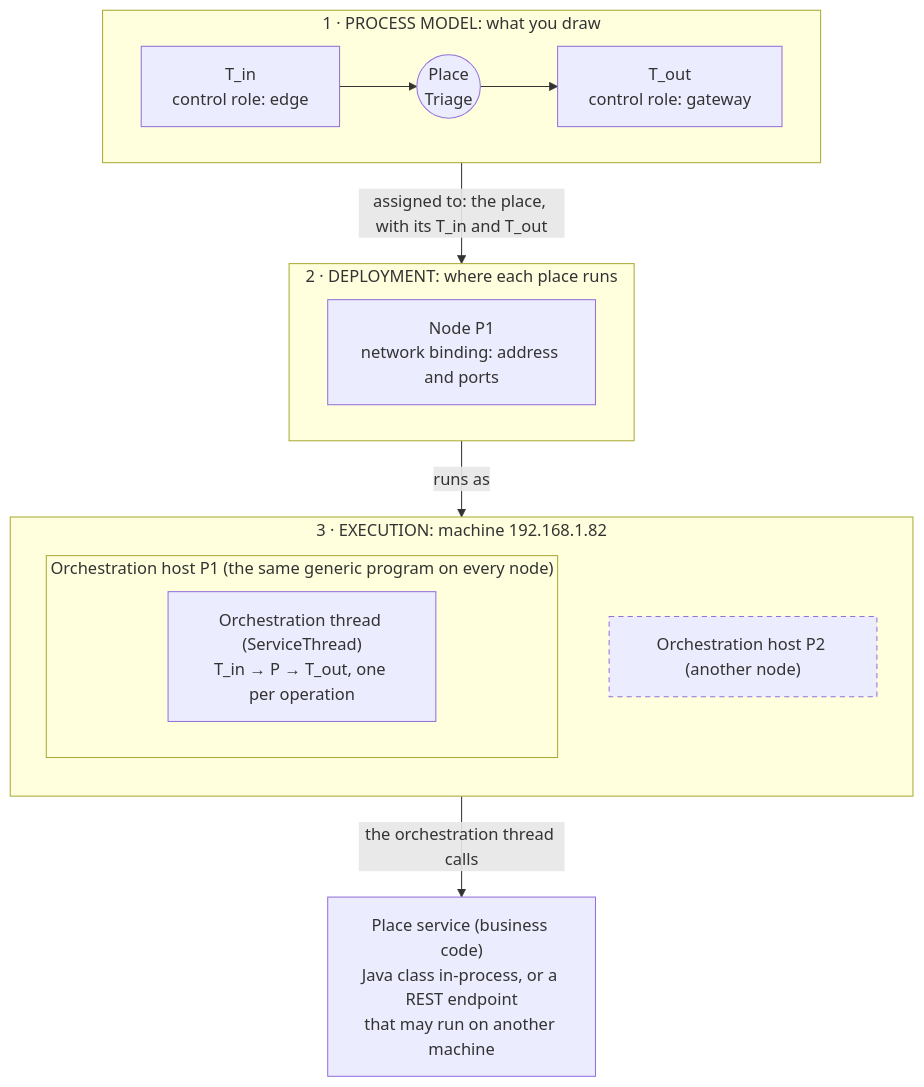
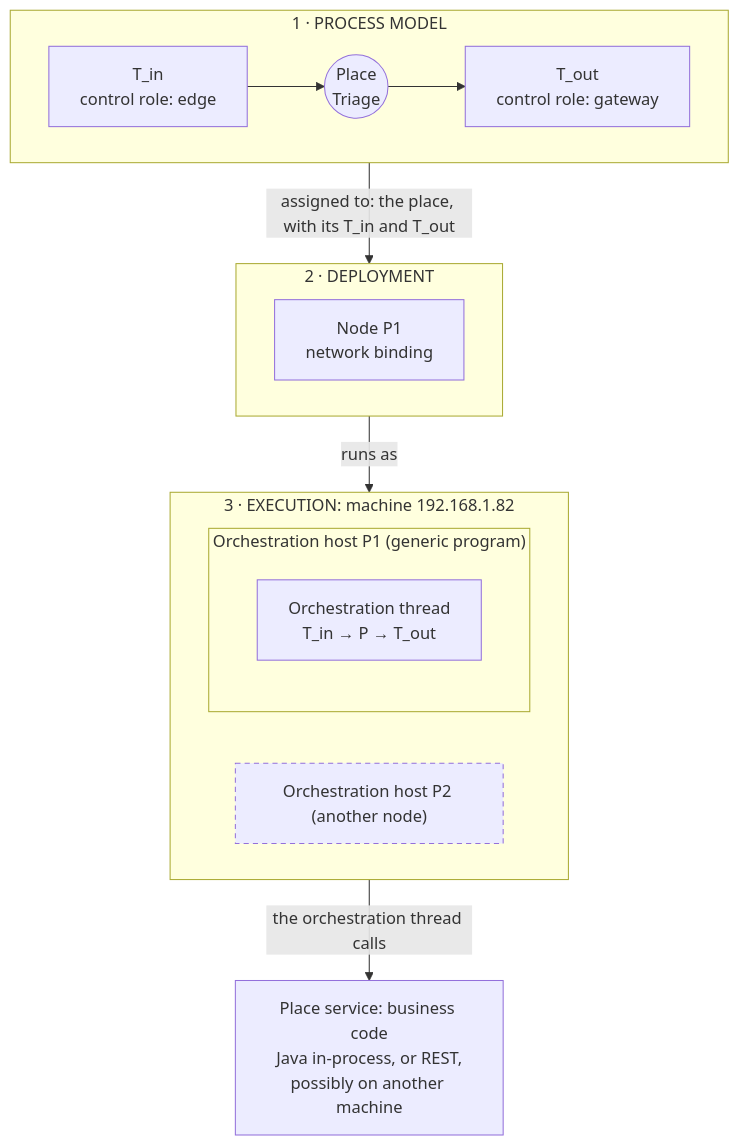
The first of 5 diagrams in Architecture.md (AlexanderAdelAU/Rule-Propagated-Service-Orchestration), drawn with Mermaid before and after one commit.

Commit message:
Terms diagram: shorter labels, hosts side by side, so GitHub lays it out compactly
Claude-Session: https://claude.ai/code/session_01MVTiJmVTo6whUToqMfkWLi

````diff
--- a/Architecture.md
+++ b/Architecture.md
@@ -14,22 +14,22 @@
 ```mermaid
 flowchart TB
-    subgraph MODEL["1 · PROCESS MODEL: what you draw"]
+    subgraph MODEL["1 · PROCESS MODEL"]
         direction LR
         TIN["T_in<br/>control role: edge"] --> PL(("Place<br/>Triage")) --> TOUT["T_out<br/>control role: gateway"]
     end
-    subgraph DEPLOY["2 · DEPLOYMENT: where each place runs"]
-        N["Node P1<br/>network binding: address and ports"]
+    subgraph DEPLOY["2 · DEPLOYMENT"]
+        N["Node P1<br/>network binding"]
     end
     subgraph MACHINE["3 · EXECUTION: machine 192.168.1.82"]
-        direction TB
-        subgraph HOST["Orchestration host P1 (the same generic program on every node)"]
-            OT["Orchestration thread (ServiceThread)<br/>T_in → P → T_out, one per operation"]
+        direction LR
+        subgraph HOST["Orchestration host P1 (generic program)"]
+            OT["Orchestration thread<br/>T_in → P → T_out"]
         end
         H2["Orchestration host P2 (another node)"]
     end
-    PS["Place service (business code)<br/>Java class in-process, or a REST endpoint<br/>that may run on another machine"]
+    PS["Place service: business code<br/>Java in-process, or REST,<br/>possibly on another machine"]
     MODEL -- "assigned to: the place, with its T_in and T_out" --> DEPLOY
     DEPLOY -- "runs as" --> MACHINE
     MACHINE -- "the orchestration thread calls" --> PS
     style H2 stroke-dasharray: 5 4
 ```
````
